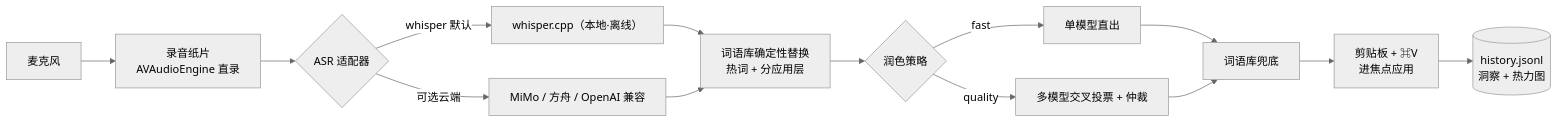
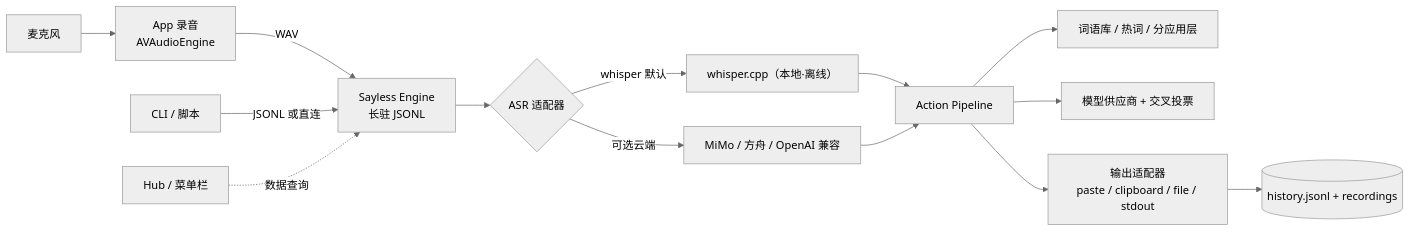
Before and after one commit to LeoLin990405/sayless: the first of 3 diagrams in README.md, drawn with Mermaid (neutral theme). The commit also changed other lines of this file and 15 other files, not shown here.

First line of the commit message:
v7.0.0: long-lived Sayless Engine + programmable Action/Pipeline

````diff
--- a/README.md
+++ b/README.md
@@ -52,16 +53,16 @@
 ```mermaid
 flowchart LR
-    Mic[麦克风] --> Cap[录音纸片<br/>AVAudioEngine 直录]
-    Cap --> ASR{ASR 适配器}
+    Mic[麦克风] --> Rec[App 录音<br/>AVAudioEngine]
+    Rec -->|WAV| Eng[Sayless Engine<br/>长驻 JSONL]
+    CLI[CLI / 脚本] -->|JSONL 或直连| Eng
+    Hub[Hub / 菜单栏] -.数据查询.-> Eng
+    Eng --> ASR{ASR 适配器}
     ASR -->|whisper 默认| W["whisper.cpp（本地·离线）"]
     ASR -->|可选云端| C[MiMo / 方舟 / OpenAI 兼容]
-    W --> Dict[词语库确定性替换<br/>热词 + 分应用层]
-    C --> Dict
-    Dict --> LLM{润色策略}
-    LLM -->|fast| S[单模型直出]
-    LLM -->|quality| X[多模型交叉投票 + 仲裁]
-    S --> D2[词语库兜底]
-    X --> D2
-    D2 --> Paste[剪贴板 + ⌘V<br/>进焦点应用]
-    Paste --> Hist[(history.jsonl<br/>洞察 + 热力图)]
+    W --> Pipe[Action Pipeline]
+    C --> Pipe
+    Pipe --> D[词语库 / 热词 / 分应用层]
+    Pipe --> LLM[模型供应商 + 交叉投票]
+    Pipe --> Out[输出适配器<br/>paste / clipboard / file / stdout]
+    Out --> Hist[(history.jsonl + recordings)]
 ```
````
